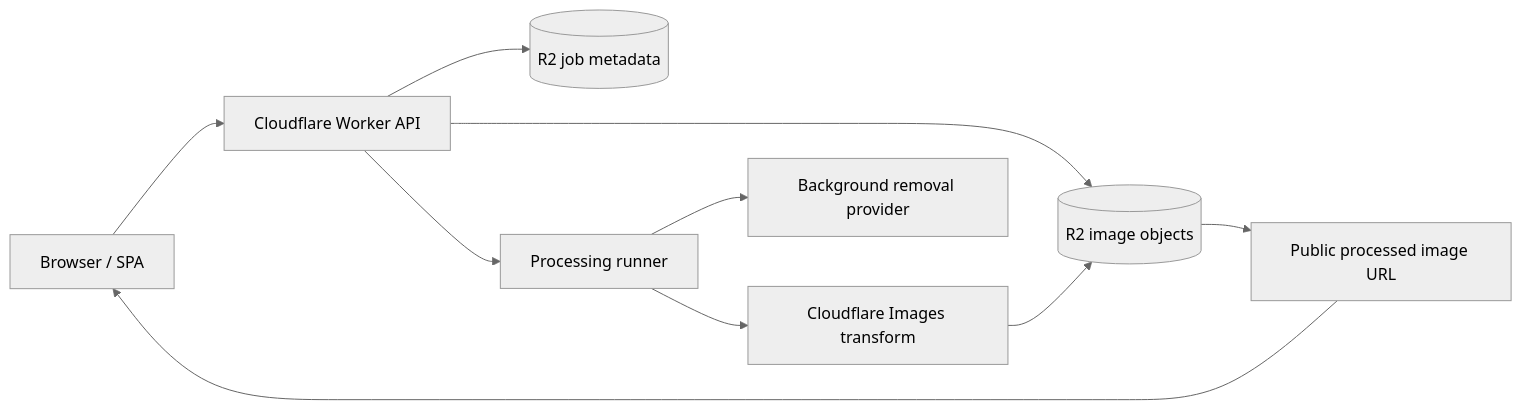
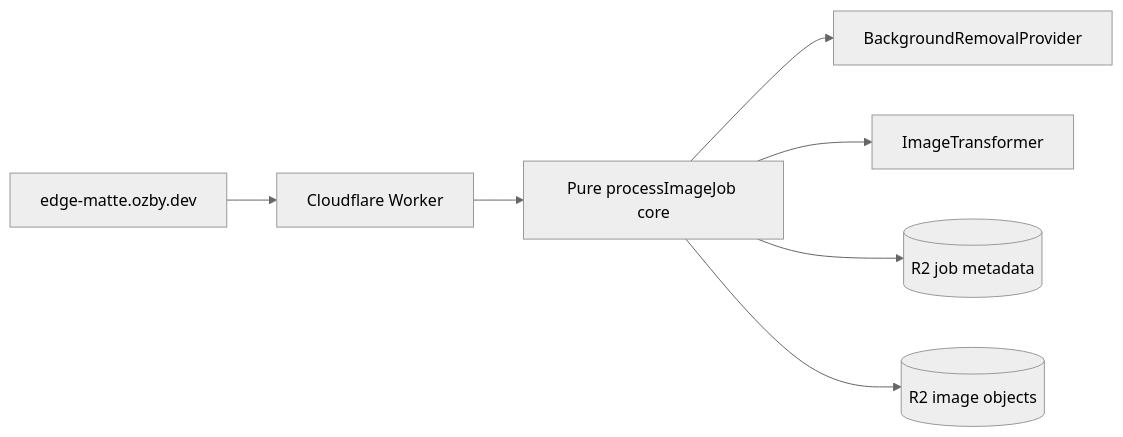
The diagram in README.md (ozby/edge-matte), drawn with Mermaid (neutral theme) before and after one commit. The commit also changed other lines of this file and 7 other files, not shown here.

First line of the commit message:
Make architecture drift visible before docs and plans diverge

````diff
--- a/README.md
+++ b/README.md
@@ -20,12 +18,9 @@
 ```mermaid
 flowchart LR
-    UI[Browser / SPA] --> API[Cloudflare Worker API]
-    API --> JOBS[(R2 job metadata)]
-    API --> BLOBS[(R2 image objects)]
-    API --> RUNNER[Processing runner]
-    RUNNER --> BG[Background removal provider]
-    RUNNER --> IMG[Cloudflare Images transform]
-    IMG --> BLOBS
-    BLOBS --> URL[Public processed image URL]
-    URL --> UI
+    DOMAIN[edge-matte.ozby.dev] --> WORKER[Cloudflare Worker]
+    WORKER --> CORE[Pure processImageJob core]
+    CORE --> BG[BackgroundRemovalProvider]
+    CORE --> IMG[ImageTransformer]
+    CORE --> META[(R2 job metadata)]
+    CORE --> BLOBS[(R2 image objects)]
 ```
````
